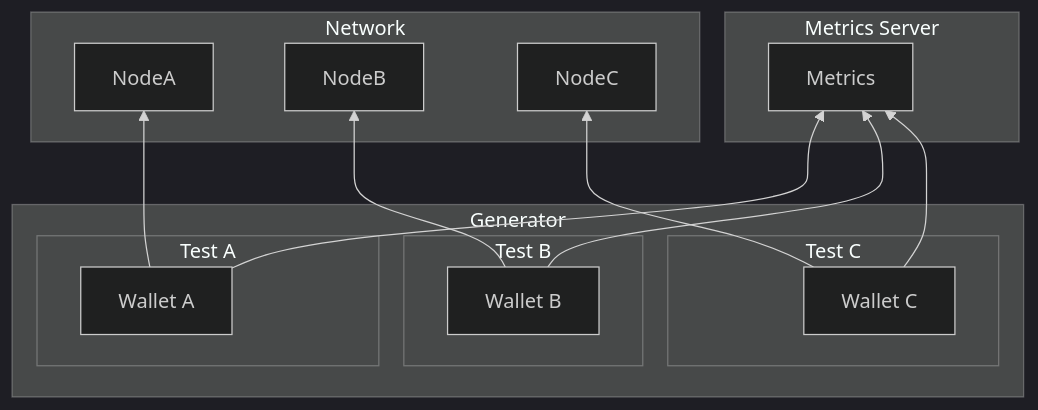
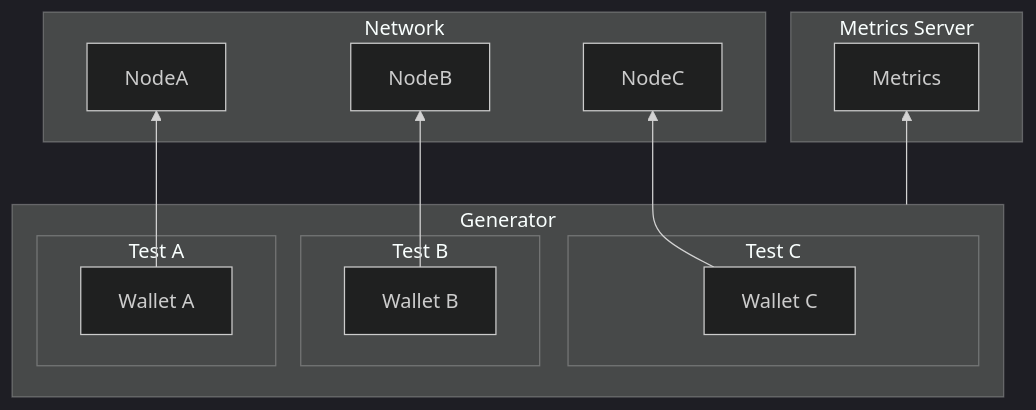
One commit to ava-labs/avalanchego changed the diagram in tests/load/main/README.md. Above: the diagram before and after it, drawn with Mermaid (dark theme). The commit also changed other lines of this file, not shown here.

````diff
--- a/tests/load/main/README.md
+++ b/tests/load/main/README.md
@@ -44,32 +44,30 @@
 ```mermaid
 flowchart BT
   subgraph MetricsServer[Metrics Server]
     Metrics
   end
 
   subgraph Generator
     subgraph TestA[Test A]
       WalletA[Wallet A]
     end
     subgraph TestB[Test B]
       WalletB[Wallet B]
     end
     subgraph TestC[Test C]
       WalletC[Wallet C]
     end
   end
 
   subgraph Network
     NodeA
     NodeB
     NodeC
   end
 
-  WalletA --> Metrics
-  WalletB --> Metrics
-  WalletC --> Metrics
+  Generator --> Metrics
 
   WalletA --> NodeA
   WalletB --> NodeB
   WalletC --> NodeC
 ```
````
